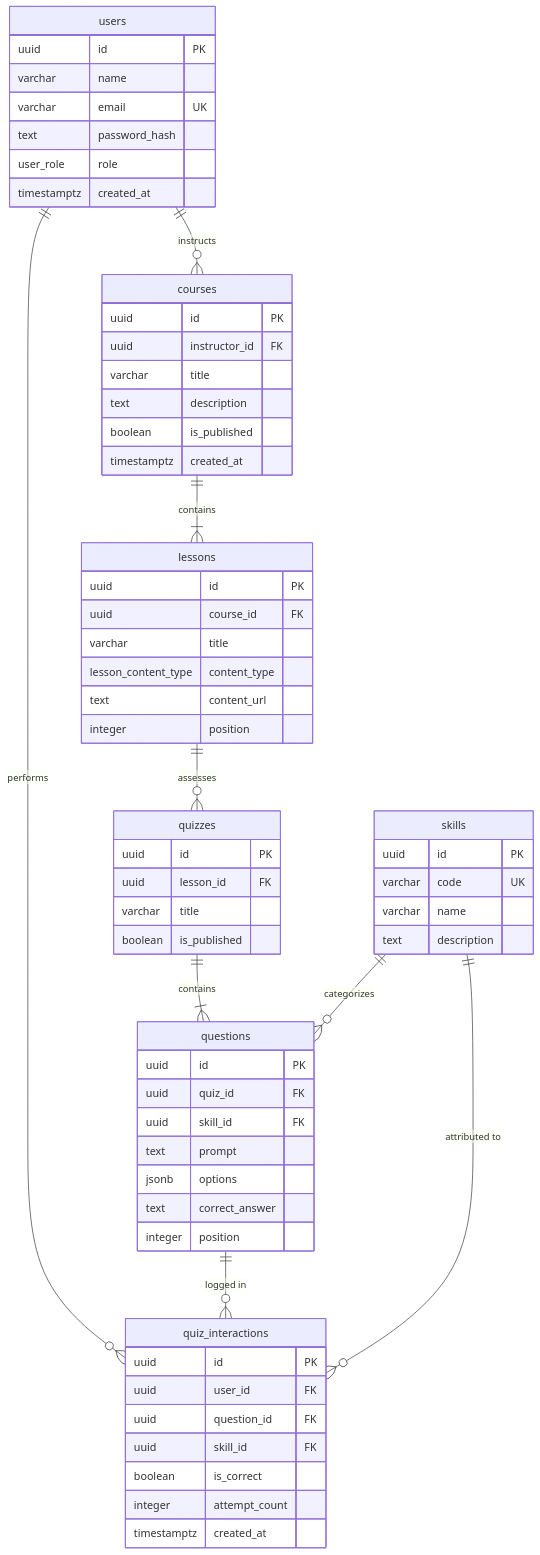
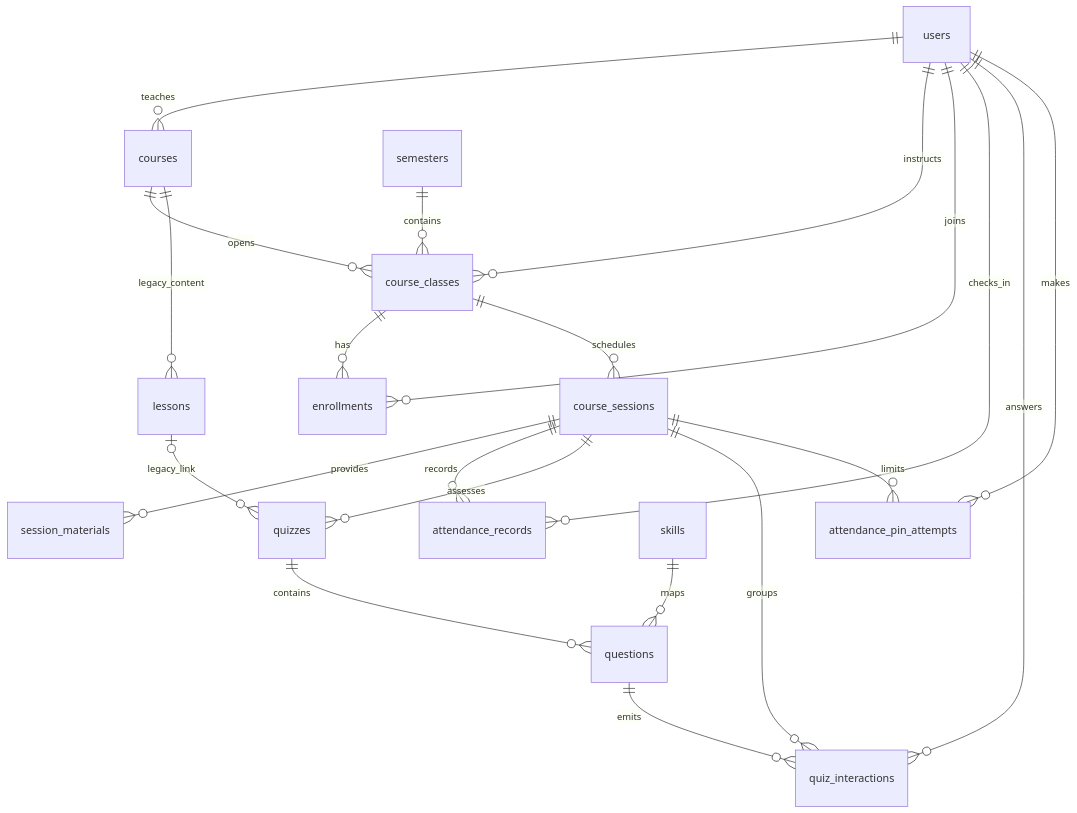
One commit to sangngng/elearning-ai-knowledge-tracing changed the diagram in docs/database/DATABASE_DICTIONARY.md. Above: the diagram before and after it, drawn with Mermaid. The commit also changed other lines of this file and 18 other files, not shown here.

````diff
--- a/docs/database/DATABASE_DICTIONARY.md
+++ b/docs/database/DATABASE_DICTIONARY.md
@@ -12,72 +7,23 @@
 ```mermaid
 erDiagram
-    users ||--o{ courses : "instructs"
-    users ||--o{ quiz_interactions : "performs"
-    courses ||--|{ lessons : "contains"
-    lessons ||--o{ quizzes : "assesses"
-    quizzes ||--|{ questions : "contains"
-    skills ||--o{ questions : "categorizes"
-    questions ||--o{ quiz_interactions : "logged in"
-    skills ||--o{ quiz_interactions : "attributed to"
-
-    users {
-        uuid id PK
-        varchar name
-        varchar email UK
-        text password_hash
-        user_role role
-        timestamptz created_at
-    }
-
-    courses {
-        uuid id PK
-        uuid instructor_id FK
-        varchar title
-        text description
-        boolean is_published
-        timestamptz created_at
-    }
-
-    lessons {
-        uuid id PK
-        uuid course_id FK
-        varchar title
-        lesson_content_type content_type
-        text content_url
-        integer position
-    }
-
-    quizzes {
-        uuid id PK
-        uuid lesson_id FK
-        varchar title
-        boolean is_published
-    }
-
-    skills {
-        uuid id PK
-        varchar code UK
-        varchar name
-        text description
-    }
-
-    questions {
-        uuid id PK
-        uuid quiz_id FK
-        uuid skill_id FK
-        text prompt
-        jsonb options
-        text correct_answer
-        integer position
-    }
-
-    quiz_interactions {
-        uuid id PK
-        uuid user_id FK
-        uuid question_id FK
-        uuid skill_id FK
-        boolean is_correct
-        integer attempt_count
-        timestamptz created_at
-    }
+  users ||--o{ courses : teaches
+  users ||--o{ course_classes : instructs
+  semesters ||--o{ course_classes : contains
+  courses ||--o{ course_classes : opens
+  course_classes ||--o{ enrollments : has
+  users ||--o{ enrollments : joins
+  course_classes ||--o{ course_sessions : schedules
+  course_sessions ||--o{ session_materials : provides
+  course_sessions ||--o{ attendance_records : records
+  users ||--o{ attendance_records : checks_in
+  course_sessions ||--o{ quizzes : assesses
+  quizzes ||--o{ questions : contains
+  skills ||--o{ questions : maps
+  users ||--o{ quiz_interactions : answers
+  course_sessions ||--o{ quiz_interactions : groups
+  questions ||--o{ quiz_interactions : emits
+  course_sessions ||--o{ attendance_pin_attempts : limits
+  users ||--o{ attendance_pin_attempts : makes
+  courses ||--o{ lessons : legacy_content
+  lessons o|--o{ quizzes : legacy_link
 ```
````
